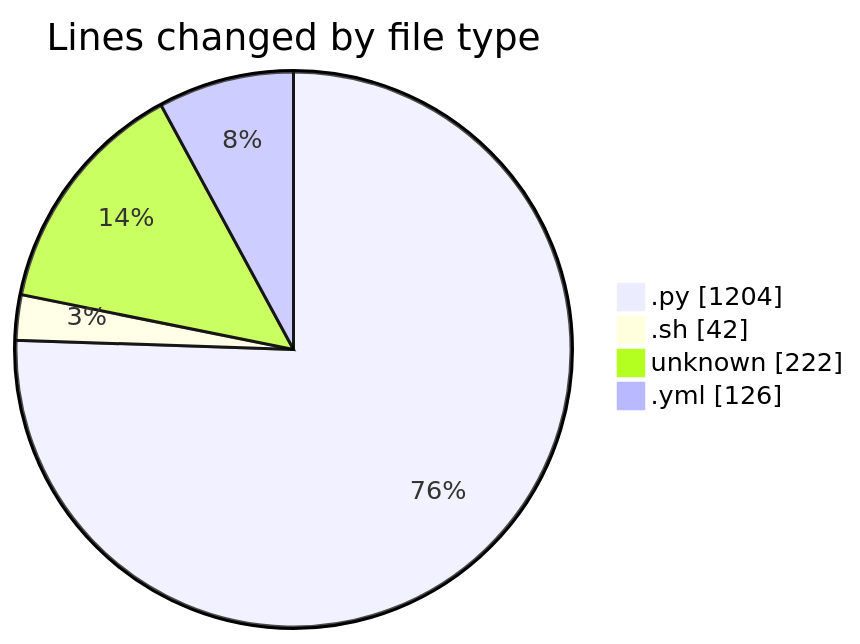
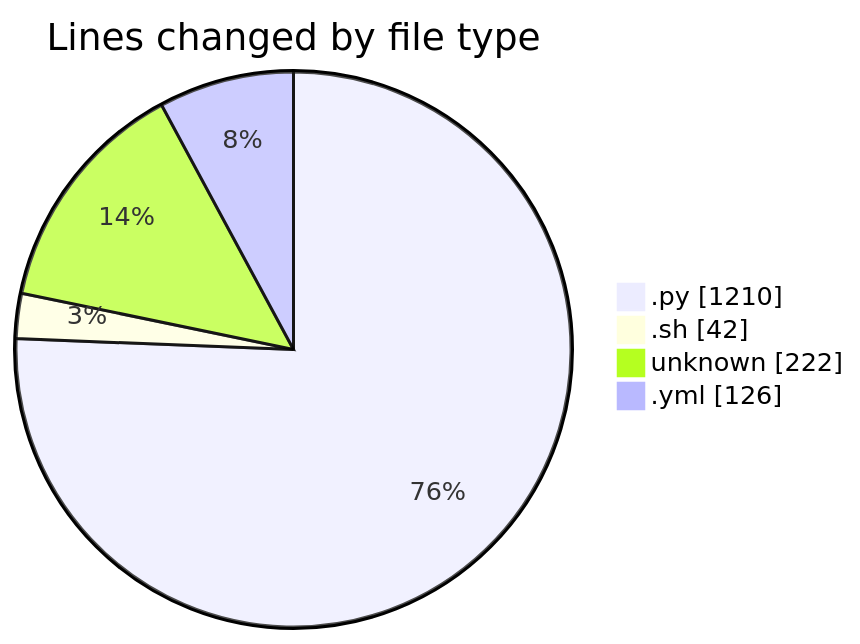
Before and after one commit to Elitesun/code-tracking: the first of 2 diagrams in 2025-05-14/niten/README.md, drawn with Mermaid. The commit also changed other lines of this file and 1 other file, not shown here.

````diff
--- a/2025-05-14/niten/README.md
+++ b/2025-05-14/niten/README.md
@@ -33,8 +33,8 @@
 ```mermaid
 pie showData
 title Lines changed by file type
-".py" : 1204
+".py" : 1210
 ".sh" : 42
 "unknown" : 222
 ".yml" : 126
 ```
````
